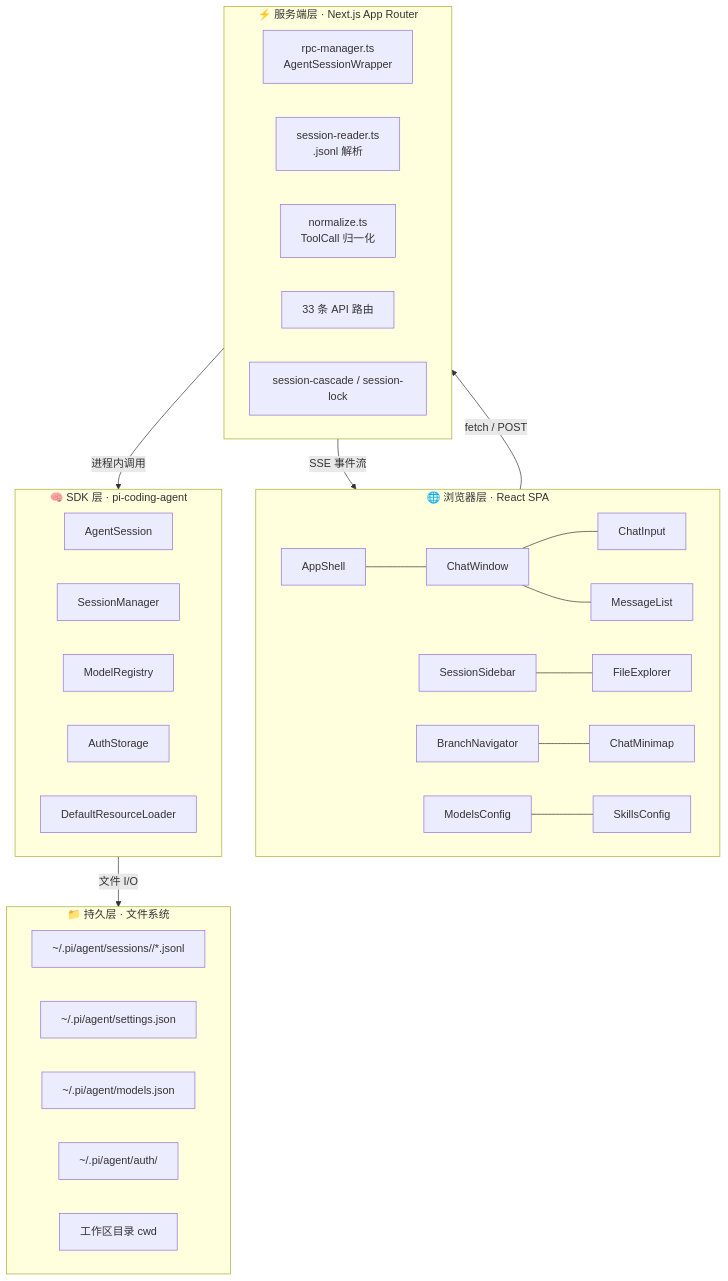
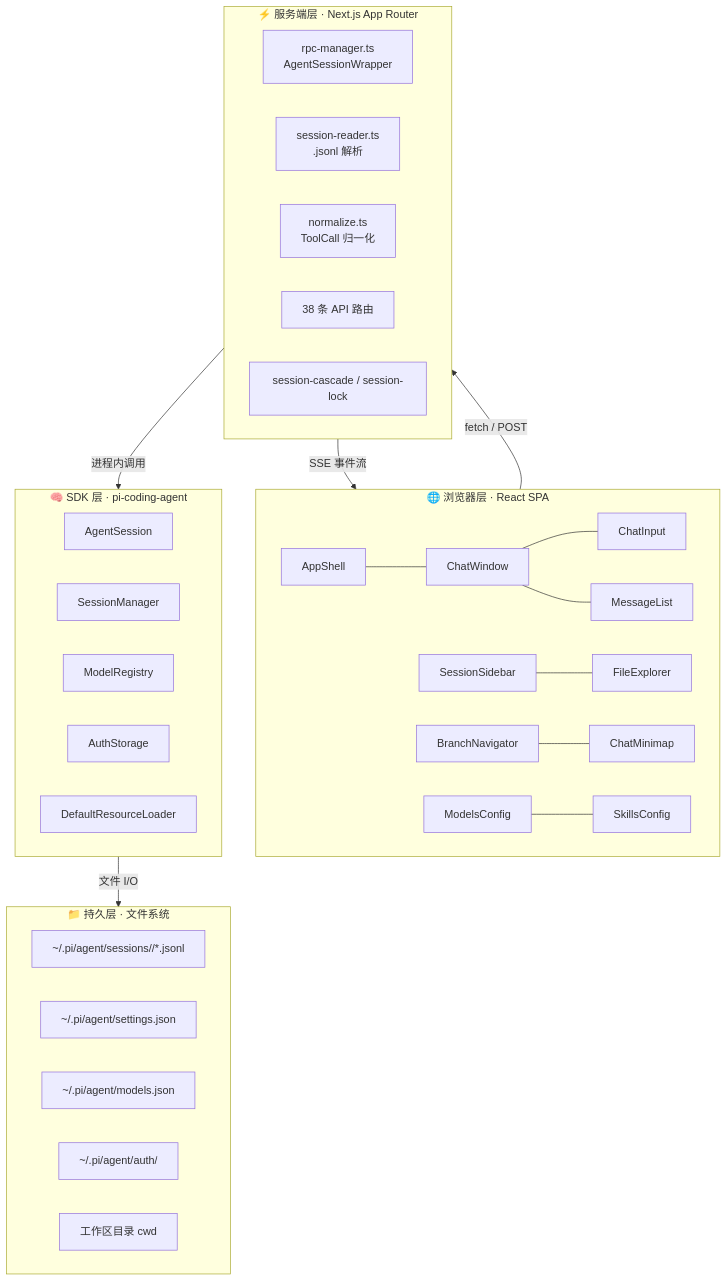
Before and after one commit to Chasen-Liao/pi-agent-desktop: the first of 3 diagrams in docs/ARCHITECTURE.md, drawn with Mermaid. The commit also changed other lines of this file and 65 other files, not shown here.

````diff
--- a/docs/ARCHITECTURE.md
+++ b/docs/ARCHITECTURE.md
@@ -87,44 +87,44 @@
 ```mermaid
 flowchart TD
     subgraph L1["🌐 浏览器层 · React SPA"]
         direction LR
         C1[AppShell] --- C2[ChatWindow]
         C2 --- C3[ChatInput]
         C2 --- C4[MessageList]
         C5[SessionSidebar] --- C6[FileExplorer]
         C7[BranchNavigator] --- C8[ChatMinimap]
         C9[ModelsConfig] --- C10[SkillsConfig]
     end
 
     subgraph L2["⚡ 服务端层 · Next.js App Router"]
         direction LR
         S1[rpc-manager.ts<br/>AgentSessionWrapper]
         S2[session-reader.ts<br/>.jsonl 解析]
         S3[normalize.ts<br/>ToolCall 归一化]
-        S4["33 条 API 路由"]
+        S4["38 条 API 路由"]
         S5[session-cascade / session-lock]
     end
 
     subgraph L3["🧠 SDK 层 · pi-coding-agent"]
         direction LR
         A1[AgentSession]
         A2[SessionManager]
         A3[ModelRegistry]
         A4[AuthStorage]
         A5[DefaultResourceLoader]
     end
 
     subgraph L4["📁 持久层 · 文件系统"]
         direction LR
         F1["~/.pi/agent/sessions/<encoded-cwd>/*.jsonl"]
         F2["~/.pi/agent/settings.json"]
         F3["~/.pi/agent/models.json"]
         F4["~/.pi/agent/auth/"]
         F5[工作区目录 cwd]
     end
 
     L1 -->|"fetch / POST"| L2
     L2 -->|"SSE 事件流"| L1
     L2 -->|"进程内调用"| L3
     L3 -->|"文件 I/O"| L4
 ```
````
